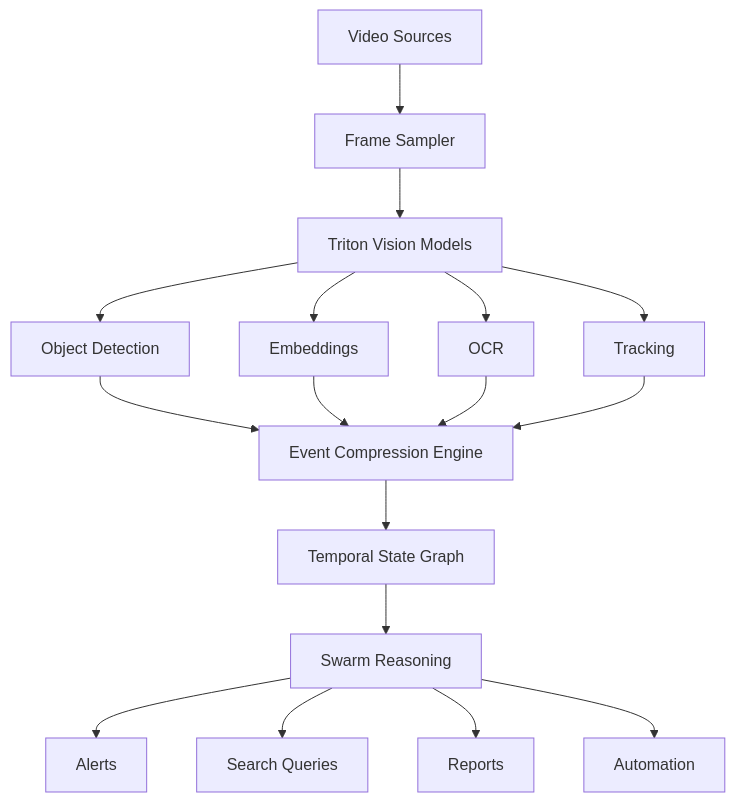
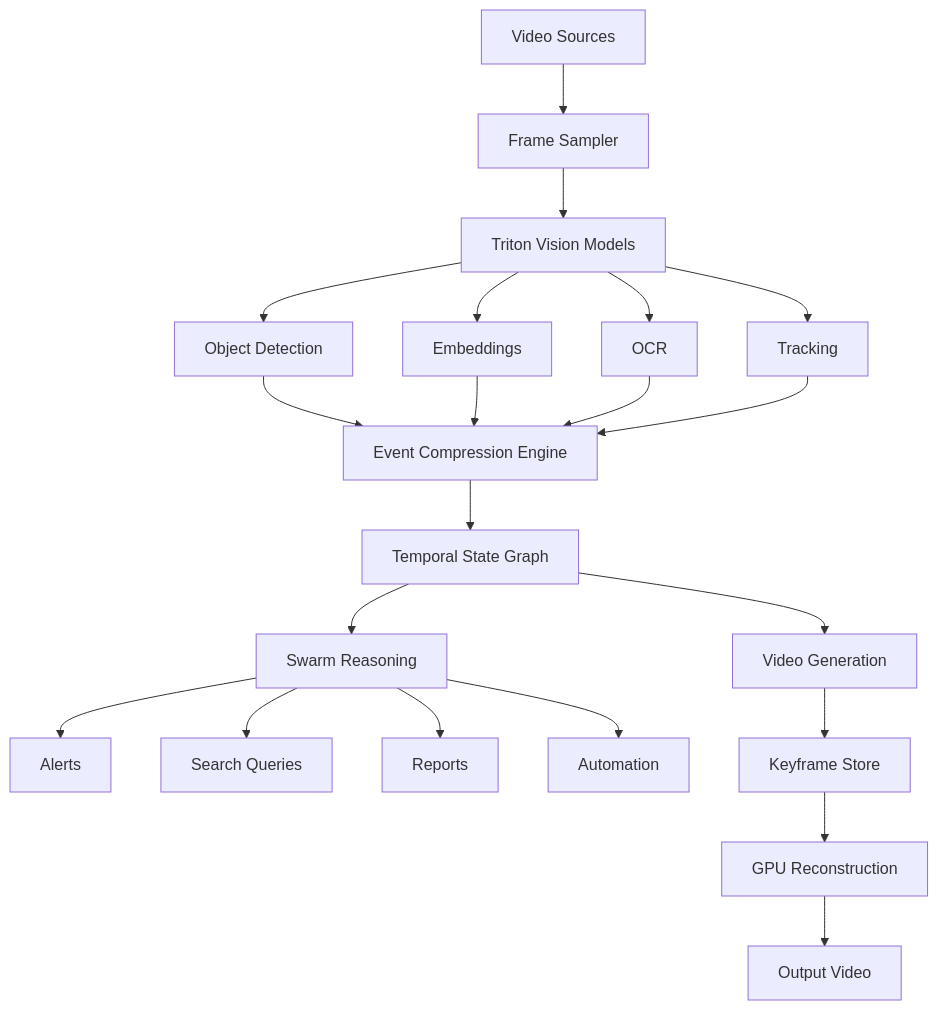
The diagram in README.md (financecommander/Worldview), drawn with Mermaid before and after one commit. The commit also changed other lines of this file, not shown here.

First line of the commit message:
Restructure README into 7-phase roadmap

````diff
--- a/README.md
+++ b/README.md
@@ -45,26 +15,30 @@
 ```mermaid
 graph TD
 
 A[Video Sources] --> B[Frame Sampler]
 B --> C[Triton Vision Models]
 
 C --> D[Object Detection]
 C --> E[Embeddings]
 C --> F[OCR]
 C --> G[Tracking]
 
 D --> H[Event Compression Engine]
 E --> H
 F --> H
 G --> H
 
 H --> I[Temporal State Graph]
 
 I --> J[Swarm Reasoning]
 
 J --> K[Alerts]
 J --> L[Search Queries]
 J --> M[Reports]
 J --> N[Automation]
 
+I --> O[Video Generation]
+O --> P[Keyframe Store]
+P --> Q[GPU Reconstruction]
+Q --> R[Output Video]
 ```
````
